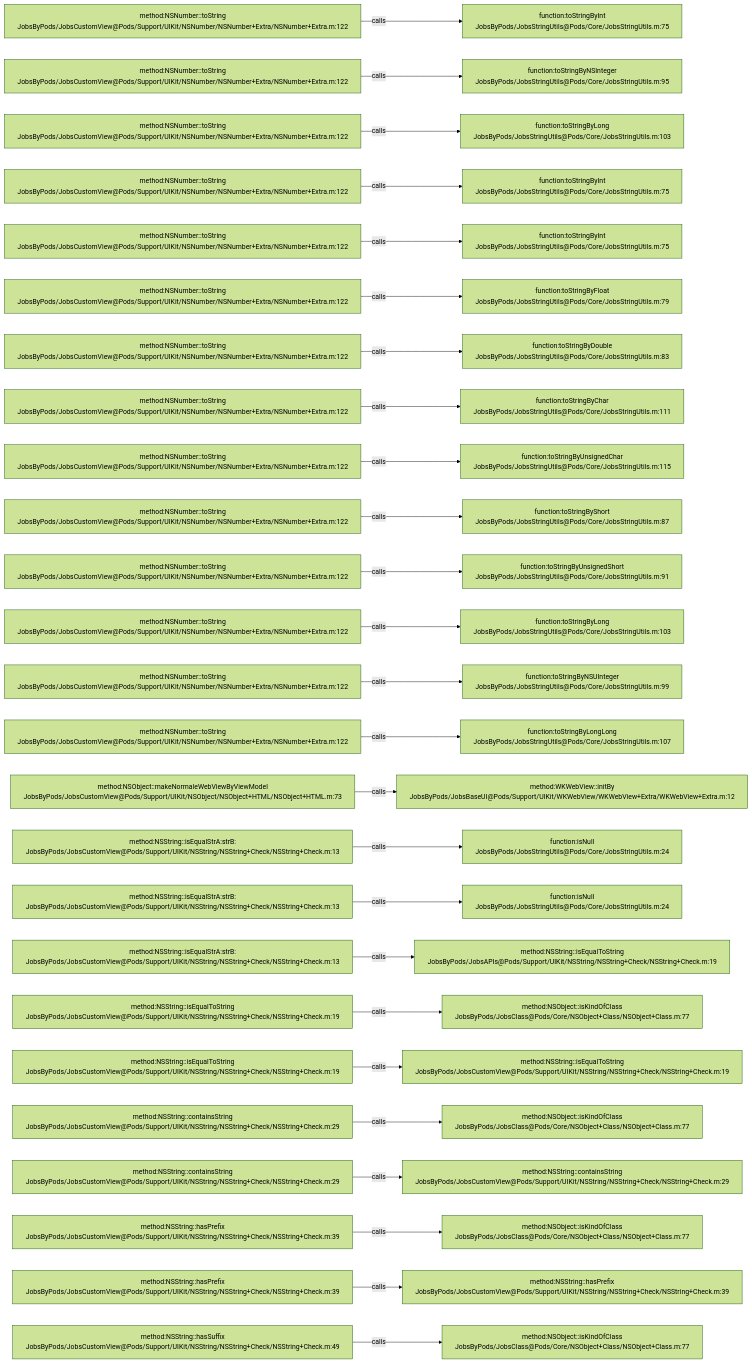
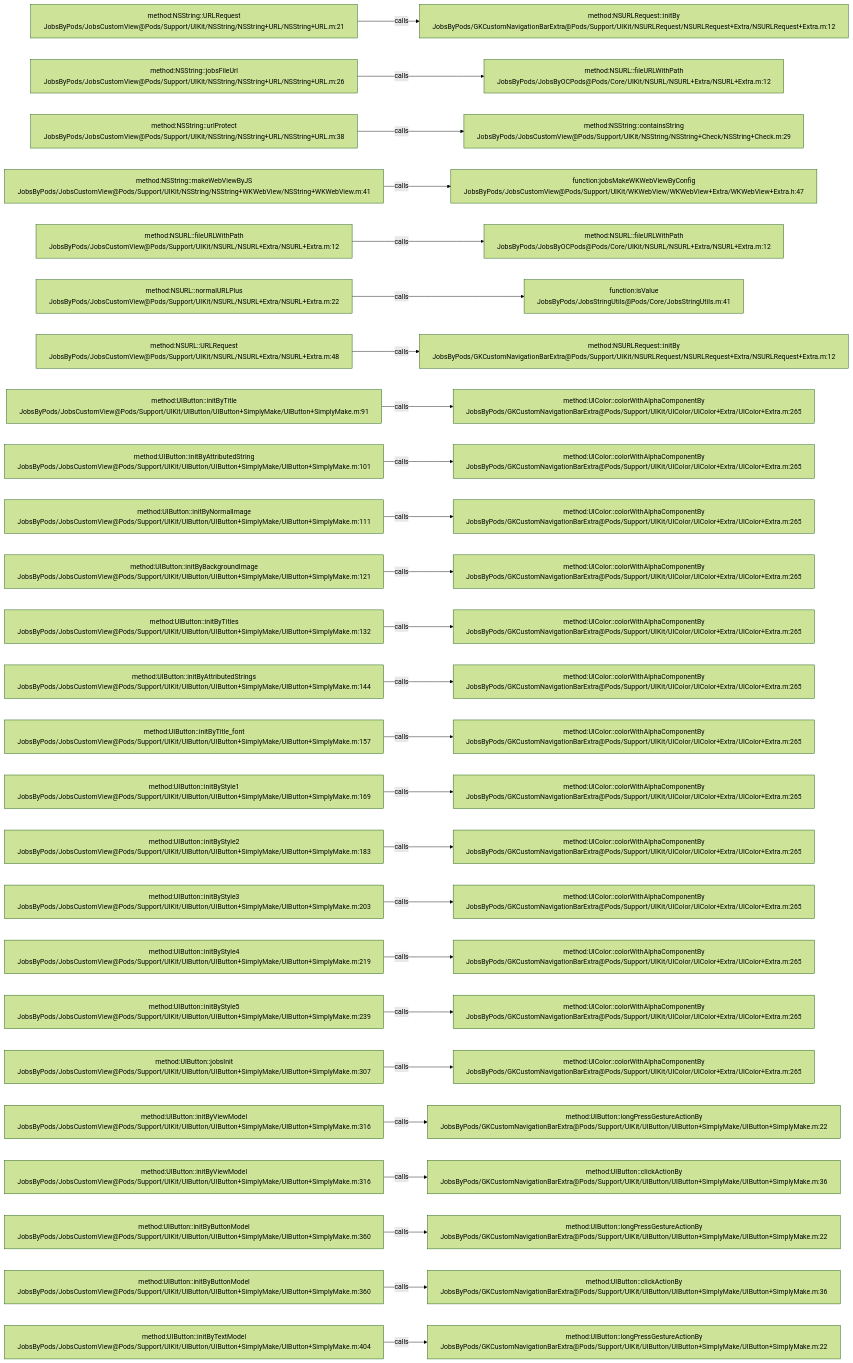
One commit to JobsKits/JobsOCBaseConfigDemo changed the diagram in .codegraph/codegraph.md/graphs/calls-084.md. Above: the diagram before and after it, drawn with Mermaid (forest theme). The commit also changed 639 other files, not shown here.

````diff
--- a/.codegraph/codegraph.md/graphs/calls-084.md
+++ b/.codegraph/codegraph.md/graphs/calls-084.md
@@ -13,78 +13,78 @@
 ```mermaid
 flowchart LR
-  S1["method:NSNumber::toString<br/>JobsByPods/JobsCustomView@Pods/Support/UIKit/NSNumber/NSNumber+Extra/NSNumber+Extra.m:122"]
-  T1["function:toStringByInt<br/>JobsByPods/JobsStringUtils@Pods/Core/JobsStringUtils.m:75"]
+  S1["method:NSString::URLRequest<br/>JobsByPods/JobsCustomView@Pods/Support/UIKit/NSString/NSString+URL/NSString+URL.m:21"]
+  T1["method:NSURLRequest::initBy<br/>JobsByPods/GKCustomNavigationBarExtra@Pods/Support/UIKit/NSURLRequest/NSURLRequest+Extra/NSURLRequest+Extra.m:12"]
   S1 -->|calls| T1
-  S2["method:NSNumber::toString<br/>JobsByPods/JobsCustomView@Pods/Support/UIKit/NSNumber/NSNumber+Extra/NSNumber+Extra.m:122"]
-  T2["function:toStringByNSInteger<br/>JobsByPods/JobsStringUtils@Pods/Core/JobsStringUtils.m:95"]
+  S2["method:NSString::jobsFileUrl<br/>JobsByPods/JobsCustomView@Pods/Support/UIKit/NSString/NSString+URL/NSString+URL.m:26"]
+  T2["method:NSURL::fileURLWithPath<br/>JobsByPods/JobsByOCPods@Pods/Core/UIKit/NSURL/NSURL+Extra/NSURL+Extra.m:12"]
   S2 -->|calls| T2
-  S3["method:NSNumber::toString<br/>JobsByPods/JobsCustomView@Pods/Support/UIKit/NSNumber/NSNumber+Extra/NSNumber+Extra.m:122"]
-  T3["function:toStringByLong<br/>JobsByPods/JobsStringUtils@Pods/Core/JobsStringUtils.m:103"]
+  S3["method:NSString::urlProtect<br/>JobsByPods/JobsCustomView@Pods/Support/UIKit/NSString/NSString+URL/NSString+URL.m:38"]
+  T3["method:NSString::containsString<br/>JobsByPods/JobsCustomView@Pods/Support/UIKit/NSString/NSString+Check/NSString+Check.m:29"]
   S3 -->|calls| T3
-  S4["method:NSNumber::toString<br/>JobsByPods/JobsCustomView@Pods/Support/UIKit/NSNumber/NSNumber+Extra/NSNumber+Extra.m:122"]
-  T4["function:toStringByInt<br/>JobsByPods/JobsStringUtils@Pods/Core/JobsStringUtils.m:75"]
+  S4["method:NSString::makeWebViewByJS<br/>JobsByPods/JobsCustomView@Pods/Support/UIKit/NSString/NSString+WKWebView/NSString+WKWebView.m:41"]
+  T4["function:jobsMakeWKWebViewByConfig<br/>JobsByPods/JobsCustomView@Pods/Support/UIKit/WKWebView/WKWebView+Extra/WKWebView+Extra.h:47"]
   S4 -->|calls| T4
-  S5["method:NSNumber::toString<br/>JobsByPods/JobsCustomView@Pods/Support/UIKit/NSNumber/NSNumber+Extra/NSNumber+Extra.m:122"]
-  T5["function:toStringByInt<br/>JobsByPods/JobsStringUtils@Pods/Core/JobsStringUtils.m:75"]
+  S5["method:NSURL::fileURLWithPath<br/>JobsByPods/JobsCustomView@Pods/Support/UIKit/NSURL/NSURL+Extra/NSURL+Extra.m:12"]
+  T5["method:NSURL::fileURLWithPath<br/>JobsByPods/JobsByOCPods@Pods/Core/UIKit/NSURL/NSURL+Extra/NSURL+Extra.m:12"]
   S5 -->|calls| T5
-  S6["method:NSNumber::toString<br/>JobsByPods/JobsCustomView@Pods/Support/UIKit/NSNumber/NSNumber+Extra/NSNumber+Extra.m:122"]
-  T6["function:toStringByFloat<br/>JobsByPods/JobsStringUtils@Pods/Core/JobsStringUtils.m:79"]
+  S6["method:NSURL::normalURLPlus<br/>JobsByPods/JobsCustomView@Pods/Support/UIKit/NSURL/NSURL+Extra/NSURL+Extra.m:22"]
+  T6["function:isValue<br/>JobsByPods/JobsStringUtils@Pods/Core/JobsStringUtils.m:41"]
   S6 -->|calls| T6
-  S7["method:NSNumber::toString<br/>JobsByPods/JobsCustomView@Pods/Support/UIKit/NSNumber/NSNumber+Extra/NSNumber+Extra.m:122"]
-  T7["function:toStringByDouble<br/>JobsByPods/JobsStringUtils@Pods/Core/JobsStringUtils.m:83"]
+  S7["method:NSURL::URLRequest<br/>JobsByPods/JobsCustomView@Pods/Support/UIKit/NSURL/NSURL+Extra/NSURL+Extra.m:48"]
+  T7["method:NSURLRequest::initBy<br/>JobsByPods/GKCustomNavigationBarExtra@Pods/Support/UIKit/NSURLRequest/NSURLRequest+Extra/NSURLRequest+Extra.m:12"]
   S7 -->|calls| T7
-  S8["method:NSNumber::toString<br/>JobsByPods/JobsCustomView@Pods/Support/UIKit/NSNumber/NSNumber+Extra/NSNumber+Extra.m:122"]
-  T8["function:toStringByChar<br/>JobsByPods/JobsStringUtils@Pods/Core/JobsStringUtils.m:111"]
+  S8["method:UIButton::initByTitle<br/>JobsByPods/JobsCustomView@Pods/Support/UIKit/UIButton/UIButton+SimplyMake/UIButton+SimplyMake.m:91"]
+  T8["method:UIColor::colorWithAlphaComponentBy<br/>JobsByPods/GKCustomNavigationBarExtra@Pods/Support/UIKit/UIColor/UIColor+Extra/UIColor+Extra.m:265"]
   S8 -->|calls| T8
-  S9["method:NSNumber::toString<br/>JobsByPods/JobsCustomView@Pods/Support/UIKit/NSNumber/NSNumber+Extra/NSNumber+Extra.m:122"]
-  T9["function:toStringByUnsignedChar<br/>JobsByPods/JobsStringUtils@Pods/Core/JobsStringUtils.m:115"]
+  S9["method:UIButton::initByAttributedString<br/>JobsByPods/JobsCustomView@Pods/Support/UIKit/UIButton/UIButton+SimplyMake/UIButton+SimplyMake.m:101"]
+  T9["method:UIColor::colorWithAlphaComponentBy<br/>JobsByPods/GKCustomNavigationBarExtra@Pods/Support/UIKit/UIColor/UIColor+Extra/UIColor+Extra.m:265"]
   S9 -->|calls| T9
-  S10["method:NSNumber::toString<br/>JobsByPods/JobsCustomView@Pods/Support/UIKit/NSNumber/NSNumber+Extra/NSNumber+Extra.m:122"]
-  T10["function:toStringByShort<br/>JobsByPods/JobsStringUtils@Pods/Core/JobsStringUtils.m:87"]
+  S10["method:UIButton::initByNormalImage<br/>JobsByPods/JobsCustomView@Pods/Support/UIKit/UIButton/UIButton+SimplyMake/UIButton+SimplyMake.m:111"]
+  T10["method:UIColor::colorWithAlphaComponentBy<br/>JobsByPods/GKCustomNavigationBarExtra@Pods/Support/UIKit/UIColor/UIColor+Extra/UIColor+Extra.m:265"]
   S10 -->|calls| T10
-  S11["method:NSNumber::toString<br/>JobsByPods/JobsCustomView@Pods/Support/UIKit/NSNumber/NSNumber+Extra/NSNumber+Extra.m:122"]
-  T11["function:toStringByUnsignedShort<br/>JobsByPods/JobsStringUtils@Pods/Core/JobsStringUtils.m:91"]
+  S11["method:UIButton::initByBackgroundImage<br/>JobsByPods/JobsCustomView@Pods/Support/UIKit/UIButton/UIButton+SimplyMake/UIButton+SimplyMake.m:121"]
+  T11["method:UIColor::colorWithAlphaComponentBy<br/>JobsByPods/GKCustomNavigationBarExtra@Pods/Support/UIKit/UIColor/UIColor+Extra/UIColor+Extra.m:265"]
   S11 -->|calls| T11
-  S12["method:NSNumber::toString<br/>JobsByPods/JobsCustomView@Pods/Support/UIKit/NSNumber/NSNumber+Extra/NSNumber+Extra.m:122"]
-  T12["function:toStringByLong<br/>JobsByPods/JobsStringUtils@Pods/Core/JobsStringUtils.m:103"]
+  S12["method:UIButton::initByTitles<br/>JobsByPods/JobsCustomView@Pods/Support/UIKit/UIButton/UIButton+SimplyMake/UIButton+SimplyMake.m:132"]
+  T12["method:UIColor::colorWithAlphaComponentBy<br/>JobsByPods/GKCustomNavigationBarExtra@Pods/Support/UIKit/UIColor/UIColor+Extra/UIColor+Extra.m:265"]
   S12 -->|calls| T12
-  S13["method:NSNumber::toString<br/>JobsByPods/JobsCustomView@Pods/Support/UIKit/NSNumber/NSNumber+Extra/NSNumber+Extra.m:122"]
-  T13["function:toStringByNSUInteger<br/>JobsByPods/JobsStringUtils@Pods/Core/JobsStringUtils.m:99"]
+  S13["method:UIButton::initByAttributedStrings<br/>JobsByPods/JobsCustomView@Pods/Support/UIKit/UIButton/UIButton+SimplyMake/UIButton+SimplyMake.m:144"]
+  T13["method:UIColor::colorWithAlphaComponentBy<br/>JobsByPods/GKCustomNavigationBarExtra@Pods/Support/UIKit/UIColor/UIColor+Extra/UIColor+Extra.m:265"]
   S13 -->|calls| T13
-  S14["method:NSNumber::toString<br/>JobsByPods/JobsCustomView@Pods/Support/UIKit/NSNumber/NSNumber+Extra/NSNumber+Extra.m:122"]
-  T14["function:toStringByLongLong<br/>JobsByPods/JobsStringUtils@Pods/Core/JobsStringUtils.m:107"]
+  S14["method:UIButton::initByTitle_font<br/>JobsByPods/JobsCustomView@Pods/Support/UIKit/UIButton/UIButton+SimplyMake/UIButton+SimplyMake.m:157"]
+  T14["method:UIColor::colorWithAlphaComponentBy<br/>JobsByPods/GKCustomNavigationBarExtra@Pods/Support/UIKit/UIColor/UIColor+Extra/UIColor+Extra.m:265"]
   S14 -->|calls| T14
-  S15["method:NSObject::makeNormaleWebViewByViewModel<br/>JobsByPods/JobsCustomView@Pods/Support/UIKit/NSObject/NSObject+HTML/NSObject+HTML.m:73"]
-  T15["method:WKWebView::initBy<br/>JobsByPods/JobsBaseUI@Pods/Support/UIKit/WKWebView/WKWebView+Extra/WKWebView+Extra.m:12"]
+  S15["method:UIButton::initByStyle1<br/>JobsByPods/JobsCustomView@Pods/Support/UIKit/UIButton/UIButton+SimplyMake/UIButton+SimplyMake.m:169"]
+  T15["method:UIColor::colorWithAlphaComponentBy<br/>JobsByPods/GKCustomNavigationBarExtra@Pods/Support/UIKit/UIColor/UIColor+Extra/UIColor+Extra.m:265"]
   S15 -->|calls| T15
-  S16["method:NSString::isEqualStrA:strB:<br/>JobsByPods/JobsCustomView@Pods/Support/UIKit/NSString/NSString+Check/NSString+Check.m:13"]
-  T16["function:isNull<br/>JobsByPods/JobsStringUtils@Pods/Core/JobsStringUtils.m:24"]
+  S16["method:UIButton::initByStyle2<br/>JobsByPods/JobsCustomView@Pods/Support/UIKit/UIButton/UIButton+SimplyMake/UIButton+SimplyMake.m:183"]
+  T16["method:UIColor::colorWithAlphaComponentBy<br/>JobsByPods/GKCustomNavigationBarExtra@Pods/Support/UIKit/UIColor/UIColor+Extra/UIColor+Extra.m:265"]
   S16 -->|calls| T16
-  S17["method:NSString::isEqualStrA:strB:<br/>JobsByPods/JobsCustomView@Pods/Support/UIKit/NSString/NSString+Check/NSString+Check.m:13"]
-  T17["function:isNull<br/>JobsByPods/JobsStringUtils@Pods/Core/JobsStringUtils.m:24"]
+  S17["method:UIButton::initByStyle3<br/>JobsByPods/JobsCustomView@Pods/Support/UIKit/UIButton/UIButton+SimplyMake/UIButton+SimplyMake.m:203"]
+  T17["method:UIColor::colorWithAlphaComponentBy<br/>JobsByPods/GKCustomNavigationBarExtra@Pods/Support/UIKit/UIColor/UIColor+Extra/UIColor+Extra.m:265"]
   S17 -->|calls| T17
-  S18["method:NSString::isEqualStrA:strB:<br/>JobsByPods/JobsCustomView@Pods/Support/UIKit/NSString/NSString+Check/NSString+Check.m:13"]
-  T18["method:NSString::isEqualToString<br/>JobsByPods/JobsAPIs@Pods/Support/UIKit/NSString/NSString+Check/NSString+Check.m:19"]
+  S18["method:UIButton::initByStyle4<br/>JobsByPods/JobsCustomView@Pods/Support/UIKit/UIButton/UIButton+SimplyMake/UIButton+SimplyMake.m:219"]
+  T18["method:UIColor::colorWithAlphaComponentBy<br/>JobsByPods/GKCustomNavigationBarExtra@Pods/Support/UIKit/UIColor/UIColor+Extra/UIColor+Extra.m:265"]
   S18 -->|calls| T18
-  S19["method:NSString::isEqualToString<br/>JobsByPods/JobsCustomView@Pods/Support/UIKit/NSString/NSString+Check/NSString+Check.m:19"]
-  T19["method:NSObject::isKindOfClass<br/>JobsByPods/JobsClass@Pods/Core/NSObject+Class/NSObject+Class.m:77"]
+  S19["method:UIButton::initByStyle5<br/>JobsByPods/JobsCustomView@Pods/Support/UIKit/UIButton/UIButton+SimplyMake/UIButton+SimplyMake.m:239"]
+  T19["method:UIColor::colorWithAlphaComponentBy<br/>JobsByPods/GKCustomNavigationBarExtra@Pods/Support/UIKit/UIColor/UIColor+Extra/UIColor+Extra.m:265"]
   S19 -->|calls| T19
-  S20["method:NSString::isEqualToString<br/>JobsByPods/JobsCustomView@Pods/Support/UIKit/NSString/NSString+Check/NSString+Check.m:19"]
-  T20["method:NSString::isEqualToString<br/>JobsByPods/JobsCustomView@Pods/Support/UIKit/NSString/NSString+Check/NSString+Check.m:19"]
+  S20["method:UIButton::jobsInit<br/>JobsByPods/JobsCustomView@Pods/Support/UIKit/UIButton/UIButton+SimplyMake/UIButton+SimplyMake.m:307"]
+  T20["method:UIColor::colorWithAlphaComponentBy<br/>JobsByPods/GKCustomNavigationBarExtra@Pods/Support/UIKit/UIColor/UIColor+Extra/UIColor+Extra.m:265"]
   S20 -->|calls| T20
-  S21["method:NSString::containsString<br/>JobsByPods/JobsCustomView@Pods/Support/UIKit/NSString/NSString+Check/NSString+Check.m:29"]
-  T21["method:NSObject::isKindOfClass<br/>JobsByPods/JobsClass@Pods/Core/NSObject+Class/NSObject+Class.m:77"]
+  S21["method:UIButton::initByViewModel<br/>JobsByPods/JobsCustomView@Pods/Support/UIKit/UIButton/UIButton+SimplyMake/UIButton+SimplyMake.m:316"]
+  T21["method:UIButton::longPressGestureActionBy<br/>JobsByPods/GKCustomNavigationBarExtra@Pods/Support/UIKit/UIButton/UIButton+SimplyMake/UIButton+SimplyMake.m:22"]
   S21 -->|calls| T21
-  S22["method:NSString::containsString<br/>JobsByPods/JobsCustomView@Pods/Support/UIKit/NSString/NSString+Check/NSString+Check.m:29"]
-  T22["method:NSString::containsString<br/>JobsByPods/JobsCustomView@Pods/Support/UIKit/NSString/NSString+Check/NSString+Check.m:29"]
+  S22["method:UIButton::initByViewModel<br/>JobsByPods/JobsCustomView@Pods/Support/UIKit/UIButton/UIButton+SimplyMake/UIButton+SimplyMake.m:316"]
+  T22["method:UIButton::clickActionBy<br/>JobsByPods/GKCustomNavigationBarExtra@Pods/Support/UIKit/UIButton/UIButton+SimplyMake/UIButton+SimplyMake.m:36"]
   S22 -->|calls| T22
-  S23["method:NSString::hasPrefix<br/>JobsByPods/JobsCustomView@Pods/Support/UIKit/NSString/NSString+Check/NSString+Check.m:39"]
-  T23["method:NSObject::isKindOfClass<br/>JobsByPods/JobsClass@Pods/Core/NSObject+Class/NSObject+Class.m:77"]
+  S23["method:UIButton::initByButtonModel<br/>JobsByPods/JobsCustomView@Pods/Support/UIKit/UIButton/UIButton+SimplyMake/UIButton+SimplyMake.m:360"]
+  T23["method:UIButton::longPressGestureActionBy<br/>JobsByPods/GKCustomNavigationBarExtra@Pods/Support/UIKit/UIButton/UIButton+SimplyMake/UIButton+SimplyMake.m:22"]
   S23 -->|calls| T23
-  S24["method:NSString::hasPrefix<br/>JobsByPods/JobsCustomView@Pods/Support/UIKit/NSString/NSString+Check/NSString+Check.m:39"]
-  T24["method:NSString::hasPrefix<br/>JobsByPods/JobsCustomView@Pods/Support/UIKit/NSString/NSString+Check/NSString+Check.m:39"]
+  S24["method:UIButton::initByButtonModel<br/>JobsByPods/JobsCustomView@Pods/Support/UIKit/UIButton/UIButton+SimplyMake/UIButton+SimplyMake.m:360"]
+  T24["method:UIButton::clickActionBy<br/>JobsByPods/GKCustomNavigationBarExtra@Pods/Support/UIKit/UIButton/UIButton+SimplyMake/UIButton+SimplyMake.m:36"]
   S24 -->|calls| T24
-  S25["method:NSString::hasSuffix<br/>JobsByPods/JobsCustomView@Pods/Support/UIKit/NSString/NSString+Check/NSString+Check.m:49"]
-  T25["method:NSObject::isKindOfClass<br/>JobsByPods/JobsClass@Pods/Core/NSObject+Class/NSObject+Class.m:77"]
+  S25["method:UIButton::initByTextModel<br/>JobsByPods/JobsCustomView@Pods/Support/UIKit/UIButton/UIButton+SimplyMake/UIButton+SimplyMake.m:404"]
+  T25["method:UIButton::longPressGestureActionBy<br/>JobsByPods/GKCustomNavigationBarExtra@Pods/Support/UIKit/UIButton/UIButton+SimplyMake/UIButton+SimplyMake.m:22"]
   S25 -->|calls| T25
 ```
````
